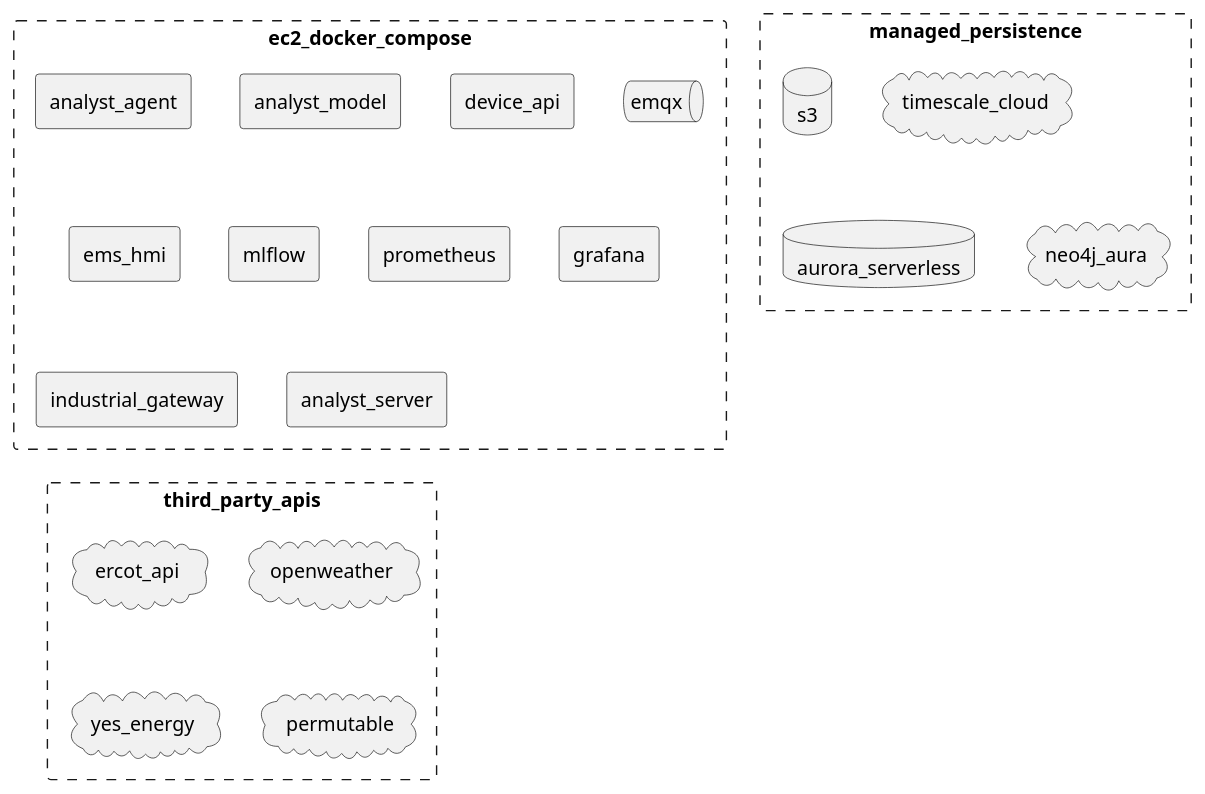
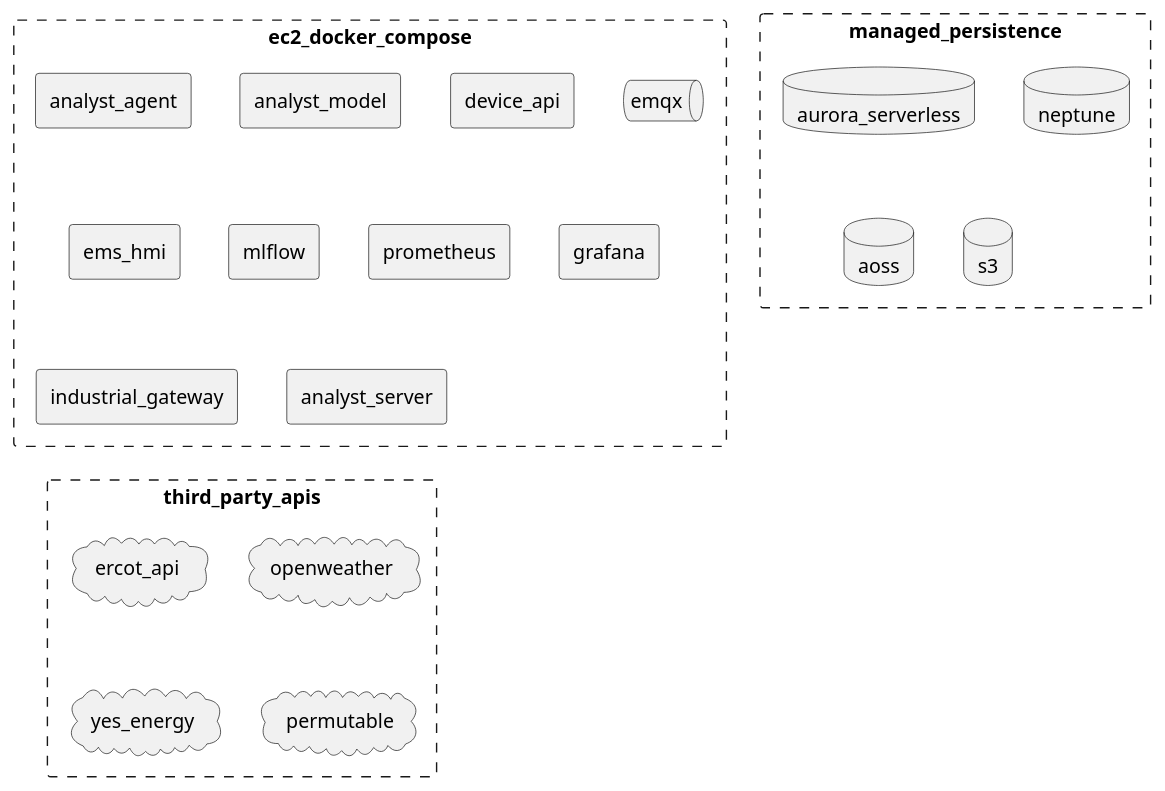
One commit to arcnode-io/ems changed the fourth of 6 diagrams in readme.md. Above: the diagram before and after it, drawn with PlantUML. The commit also changed other lines of this file and 1 other file, not shown here.

Commit message:
split defnece and commerical cloud

````diff
--- a/readme.md
+++ b/readme.md
@@ -117,29 +152,29 @@
 ```plantuml
 rectangle ec2_docker_compose #line.dashed {
     rectangle analyst_agent
     rectangle analyst_model
     rectangle device_api
     queue emqx
     rectangle ems_hmi
     rectangle mlflow
     rectangle prometheus
     rectangle grafana
     rectangle industrial_gateway
     rectangle analyst_server
 }
 
 rectangle managed_persistence #line.dashed {
+    database aurora_serverless
+    database neptune
+    database aoss
     database s3
-    cloud timescale_cloud
-    database aurora_serverless
-    cloud neo4j_aura
 }
 
 rectangle third_party_apis #line.dashed {
     cloud ercot_api
     cloud openweather
     cloud yes_energy
     cloud permutable
 }
 
 ```
````
